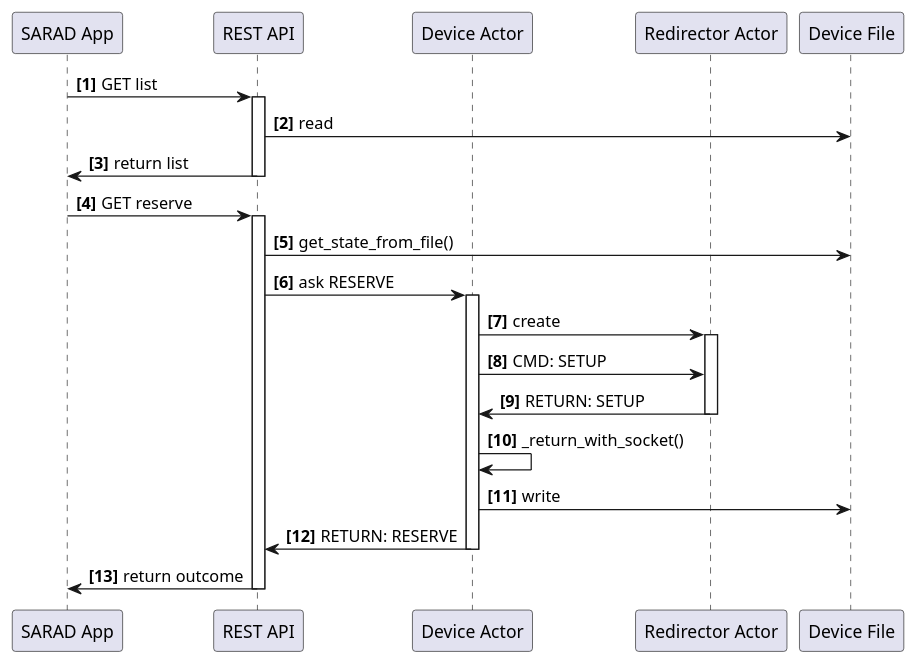
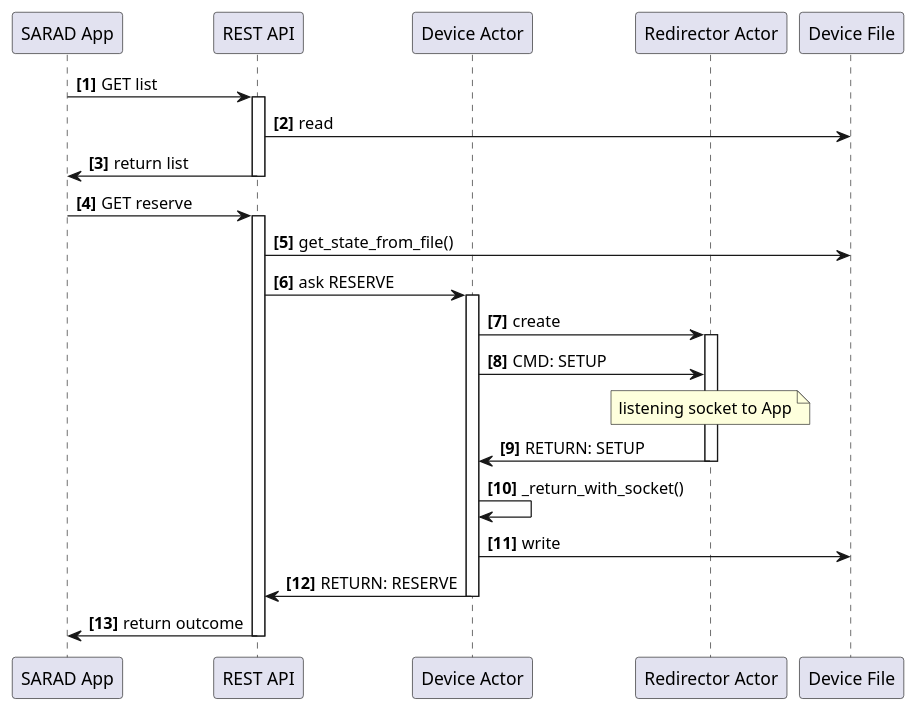
Before and after one commit to SARAD-GmbH/RegServer: the diagram in doc/source/uml-reservation.puml, drawn with PlantUML. The commit also changed 5 other files, not shown here.

Commit message:
Docs: UML sequence diagrams of error cases

```diff
--- a/doc/source/uml-reservation.puml
+++ b/doc/source/uml-reservation.puml
@@ -1,31 +1,32 @@
 @startuml
 autonumber "<b>[0]"
 participant "SARAD App" as app
 participant "REST API" as api
 participant "Device Actor" as device_actor
 participant "Redirector Actor" as redirector
 participant "Device File" as file
 
 app -> api: GET list
 activate api
         api -> file: read
         api -> app: return list
 deactivate api
 app -> api: GET reserve
 activate api
         api -> file: get_state_from_file()
         api -> device_actor: ask RESERVE
         activate device_actor
                 device_actor -> redirector: create
                 activate redirector
                 device_actor -> redirector: CMD: SETUP
+                note over redirector: listening socket to App
                 redirector -> device_actor: RETURN: SETUP
                 deactivate redirector
                 device_actor -> device_actor: _return_with_socket()
                 device_actor -> file: write
                 device_actor -> api: RETURN: RESERVE
         deactivate device_actor
         api -> app: return outcome
 deactivate api
 
 @enduml
```
